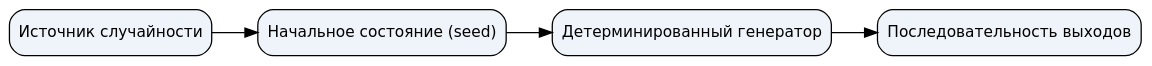
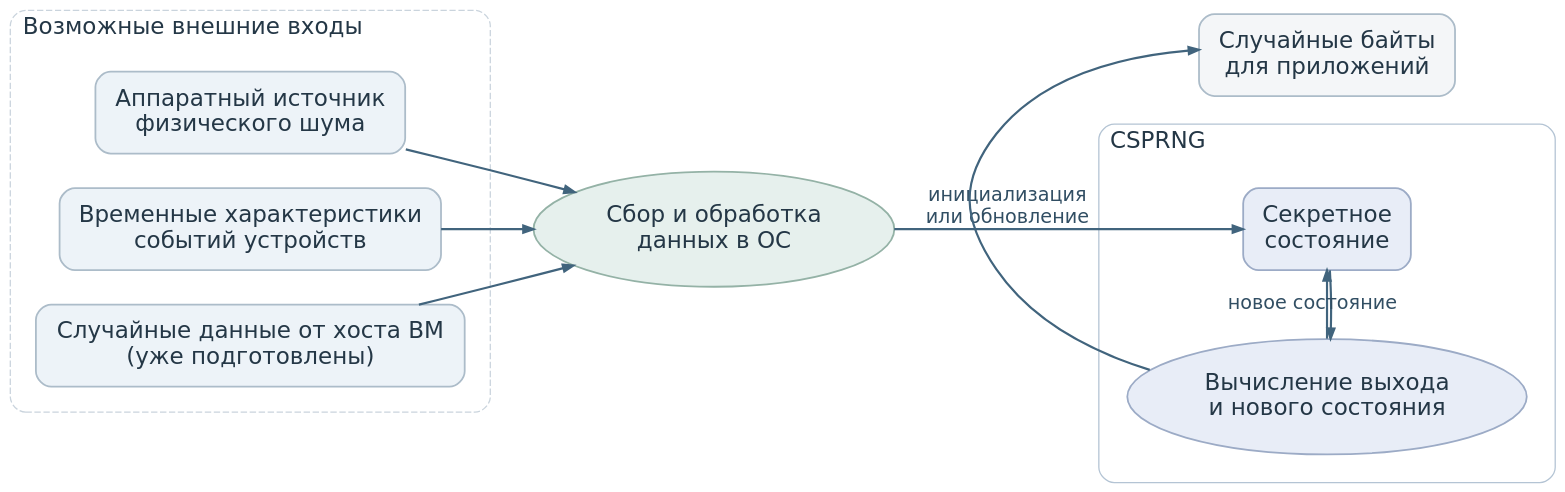
Before and after one commit to BSU-RFCT-Afonenko-Courses/Cybersecurity: the diagram in shared/visualizations/crypto/graphs/seed.dot, drawn with Graphviz. The commit also changed 18 other files, not shown here.

Commit message:
Уточнить учебные схемы и изложение хранения паролей [skip ci]

```diff
--- a/shared/visualizations/crypto/graphs/seed.dot
+++ b/shared/visualizations/crypto/graphs/seed.dot
@@ -1,12 +1,39 @@
-digraph G {
- graph [rankdir=LR, bgcolor="transparent", pad="0.2", splines=polyline];
- node [shape=box, style="rounded,filled", fillcolor="#eef4fa", fontname="DejaVu Sans", fontsize=12];
- edge [fontname="DejaVu Sans", fontsize=10];
- "n0" [id="n0", label="Источник случайности"];
- "n1" [id="n1", label="Начальное состояние (seed)"];
- "n2" [id="n2", label="Детерминированный генератор"];
- "n3" [id="n3", label="Последовательность выходов"];
- "n0" -> "n1" [label=""];
- "n1" -> "n2" [label=""];
- "n2" -> "n3" [label=""];
+digraph entropy_sources {
+  graph [rankdir=LR, newrank=true, bgcolor="transparent", fontcolor="#243746", pad="0.25", nodesep="0.38", ranksep="0.70", splines=spline, fontname="DejaVu Sans", fontsize=18];
+  node [shape=box, style="rounded,filled", color="#acbcc9", fillcolor="#edf3f8", fontcolor="#243746", fontname="DejaVu Sans", fontsize=18, margin="0.20,0.17", penwidth=1.4];
+  edge [color="#41647d", fontcolor="#314e63", fontname="DejaVu Sans", fontsize=15, penwidth=1.7, arrowsize=0.8];
+
+  subgraph cluster_sources {
+    label="Возможные внешние входы";
+    labeljust=l;
+    color="#cad4dd";
+    style="rounded,dashed";
+    margin=20;
+    hardware [label="Аппаратный источник\nфизического шума"];
+    timing [label="Временные характеристики\nсобытий устройств"];
+    host [label="Случайные данные от хоста ВМ\n(уже подготовлены)"];
+    {rank=same; hardware; timing; host;}
+  }
+
+  collect [shape=ellipse, label="Сбор и обработка\nданных в ОС", fillcolor="#e6f0ed", color="#94b2a6"];
+
+  subgraph cluster_csprng {
+    label="CSPRNG";
+    labeljust=l;
+    color="#b4c4d4";
+    style=rounded;
+    margin=22;
+    state [label="Секретное\nсостояние", fillcolor="#e8edf7", color="#9cabc6"];
+    step [shape=ellipse, label="Вычисление выхода\nи нового состояния", fillcolor="#e8edf7", color="#9cabc6"];
+    state -> step [constraint=false];
+    step -> state [label="новое состояние", constraint=false];
+  }
+
+  output [label="Случайные байты\nдля приложений", fillcolor="#f4f6f8"];
+  hardware -> collect;
+  timing -> collect;
+  host -> collect;
+  collect -> state [label="инициализация\nили обновление"];
+  {rank=same; state; step; output;}
+  step -> output [constraint=false];
 }
```
